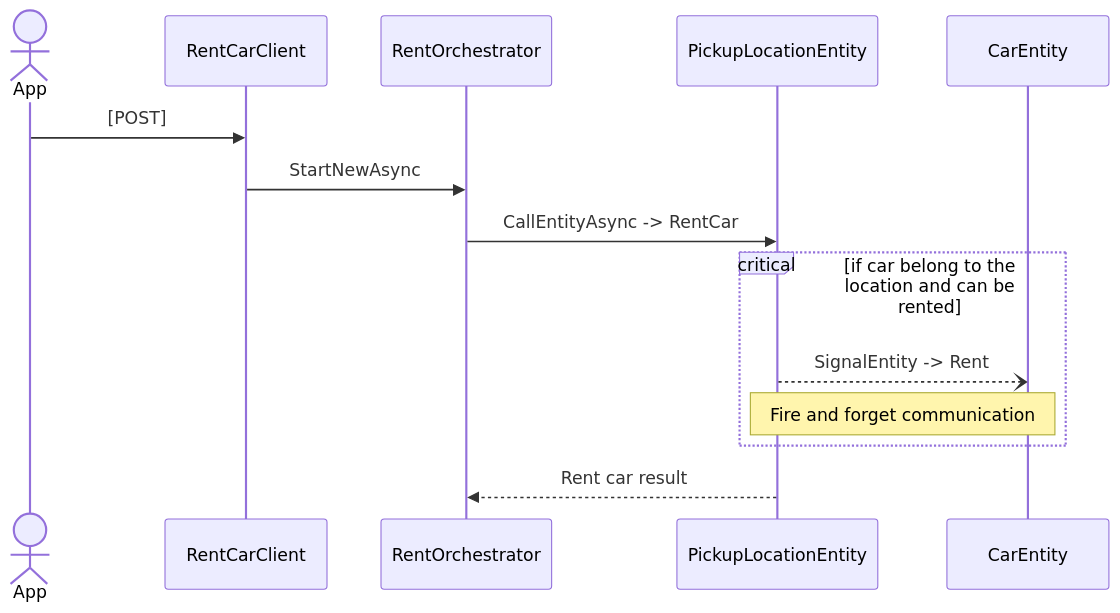
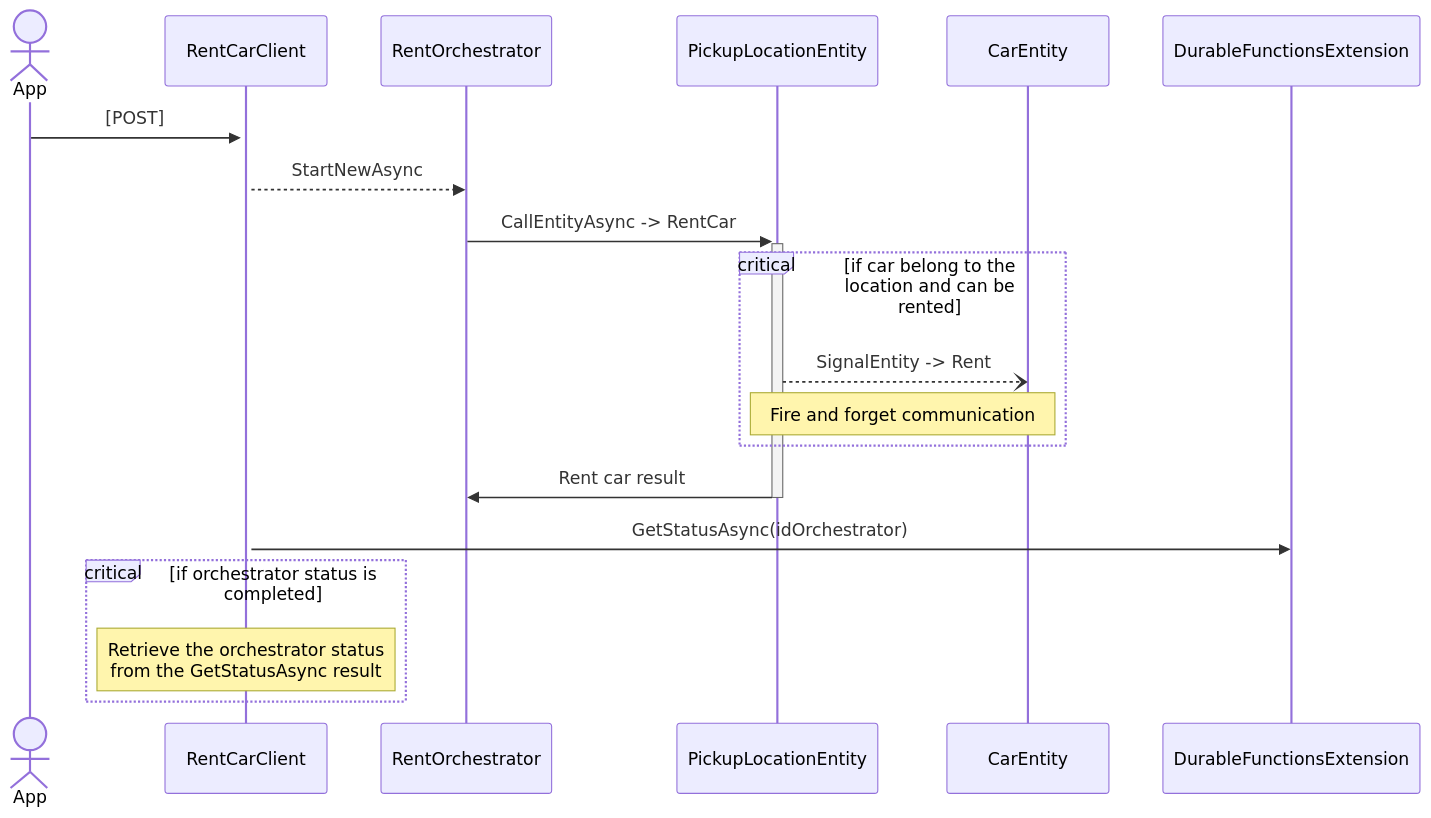
The diagram in README.md (massimobonanni/ServerlessCarRent), drawn with Mermaid before and after one commit. The commit also changed other lines of this file and 1 other file, not shown here.

````diff
--- a/README.md
+++ b/README.md
@@ -6,16 +30,21 @@
 ```mermaid
 sequenceDiagram
     actor App
     participant RentCarClient
     participant RentOrchestrator
     participant PickupLocationEntity
     participant CarEntity
-    App ->> RentCarClient : [POST]
-    RentCarClient ->> RentOrchestrator : StartNewAsync
-    RentOrchestrator ->> PickupLocationEntity : CallEntityAsync -> RentCar
+    participant DurableFunctionsExtension
+    App ->> +RentCarClient : [POST]
+    RentCarClient -->> RentOrchestrator : StartNewAsync
+    RentOrchestrator ->> +PickupLocationEntity : CallEntityAsync -> RentCar
     critical if car belong to the location and can be rented
         PickupLocationEntity --) CarEntity : SignalEntity -> Rent
         Note over PickupLocationEntity,CarEntity: Fire and forget communication
     end
-    PickupLocationEntity -->> RentOrchestrator : Rent car result 
+    PickupLocationEntity ->> -RentOrchestrator : Rent car result
+    RentCarClient ->> DurableFunctionsExtension : GetStatusAsync(idOrchestrator)
+    critical if orchestrator status is completed
+        Note over RentCarClient: Retrieve the orchestrator status<br/>from the GetStatusAsync result
+    end
 ```
````
